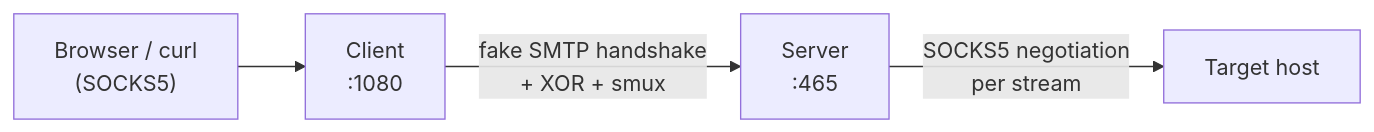
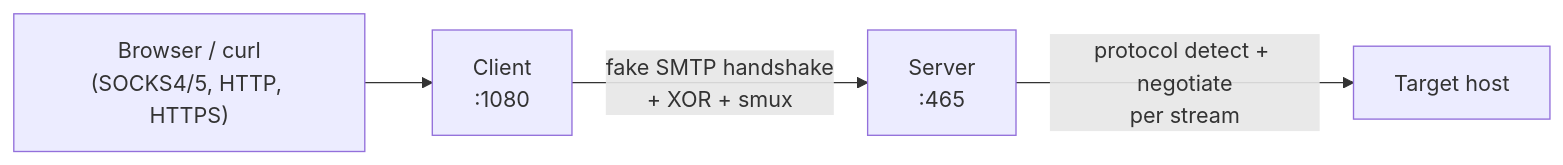
Before and after one commit to dimaskiddo/proxy-over-smtp: the diagram in README.md, drawn with Mermaid. The commit also changed other lines of this file and 26 other files, not shown here.

Commit message:
feat: add proxy protocol support for socks4, http, and https

````diff
--- a/README.md
+++ b/README.md
@@ -44,6 +44,6 @@
 ```mermaid
 graph LR
-    App["Browser / curl<br/>(SOCKS5)"] --> Client["Client<br/>:1080"]
+    App["Browser / curl<br/>(SOCKS4/5, HTTP, HTTPS)"] --> Client["Client<br/>:1080"]
     Client -- "fake SMTP handshake<br/>+ XOR + smux" --> Server["Server<br/>:465"]
-    Server -- "SOCKS5 negotiation<br/>per stream" --> Target["Target host"]
+    Server -- "protocol detect + negotiate<br/>per stream" --> Target["Target host"]
 ```
````
